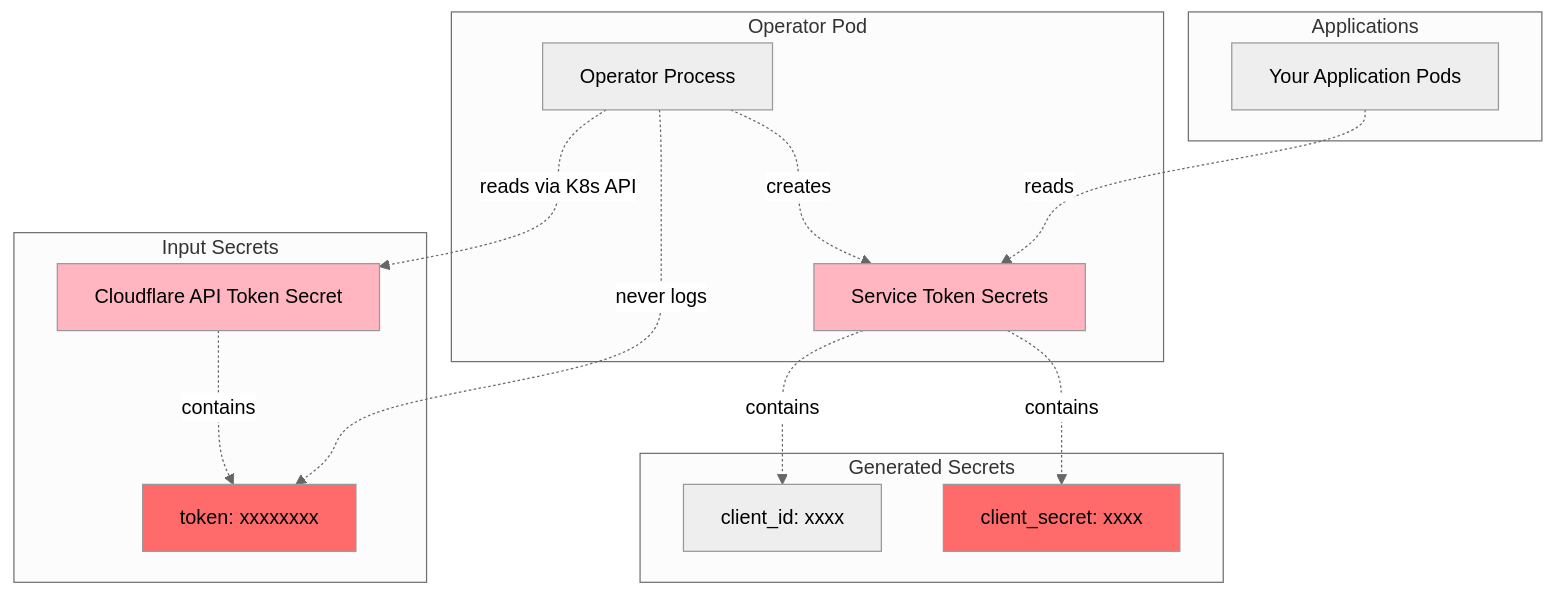
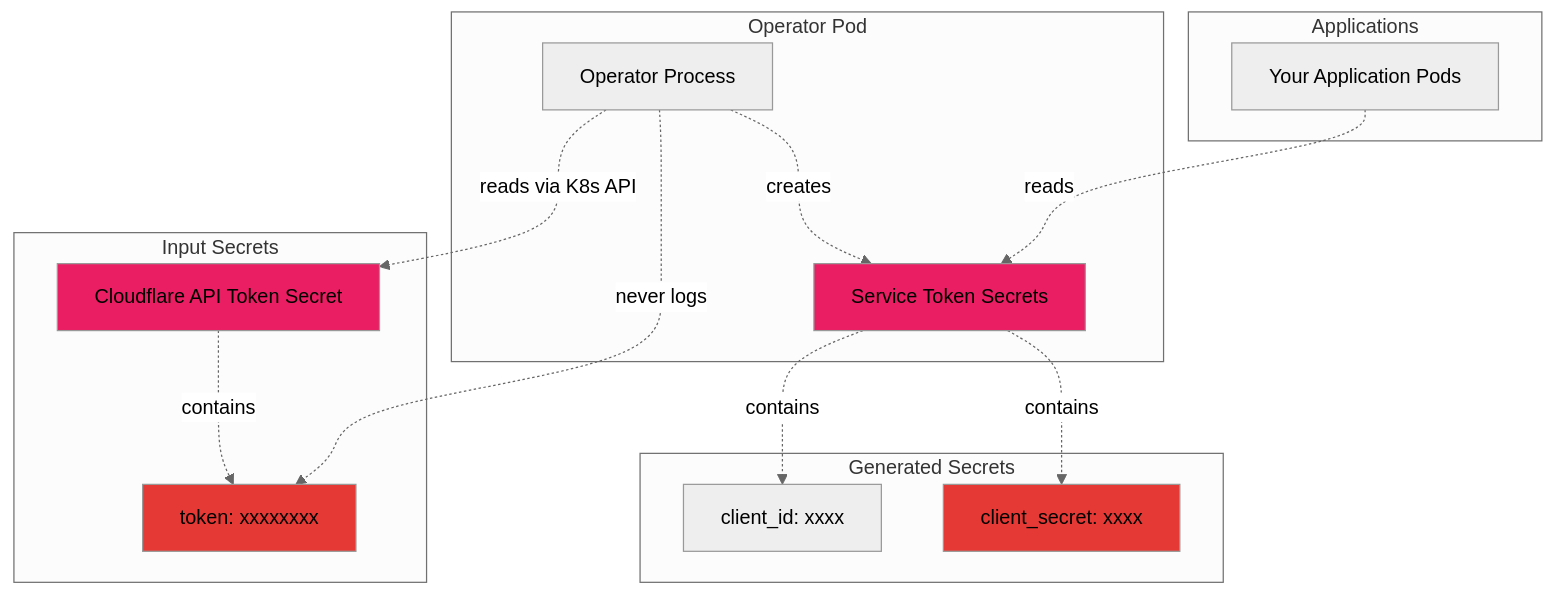
One commit to wheetazlab/cloudflare-zero-trust-operator changed diagram 11 of 16 in docs/architecture.md. Above: the diagram before and after it, drawn with Mermaid (neutral theme). The commit also changed other lines of this file and 1 other file, not shown here.

First line of the commit message:
fix: Replace light colors in mermaid diagrams with darker, more readable colors

````diff
--- a/docs/architecture.md
+++ b/docs/architecture.md
@@ -659,30 +659,30 @@
 ```mermaid
 graph TB
     subgraph "Input Secrets"
         USER_SECRET[Cloudflare API Token Secret]
         USER_SECRET -.contains.-> API_TOKEN[token: xxxxxxxx]
     end
     
     subgraph "Operator Pod"
         OP[Operator Process]
         OP -.reads via K8s API.-> USER_SECRET
         OP -.never logs.-> API_TOKEN
         OP -.creates.-> GEN_SECRETS
     end
     
     subgraph "Generated Secrets"
         GEN_SECRETS[Service Token Secrets]
         GEN_SECRETS -.contains.-> CLIENT_ID[client_id: xxxx]
         GEN_SECRETS -.contains.-> CLIENT_SECRET[client_secret: xxxx]
     end
     
     subgraph "Applications"
         APP[Your Application Pods]
         APP -.reads.-> GEN_SECRETS
     end
     
-    style USER_SECRET fill:#FFB6C1
-    style GEN_SECRETS fill:#FFB6C1
-    style API_TOKEN fill:#FF6B6B
-    style CLIENT_SECRET fill:#FF6B6B
+    style USER_SECRET fill:#E91E63
+    style GEN_SECRETS fill:#E91E63
+    style API_TOKEN fill:#E53935
+    style CLIENT_SECRET fill:#E53935
 ```
````
